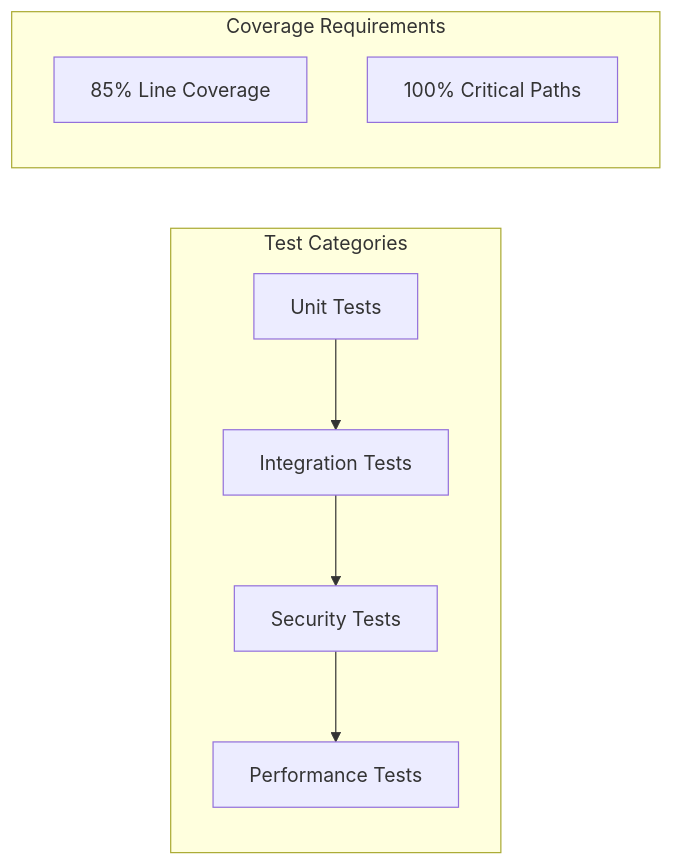
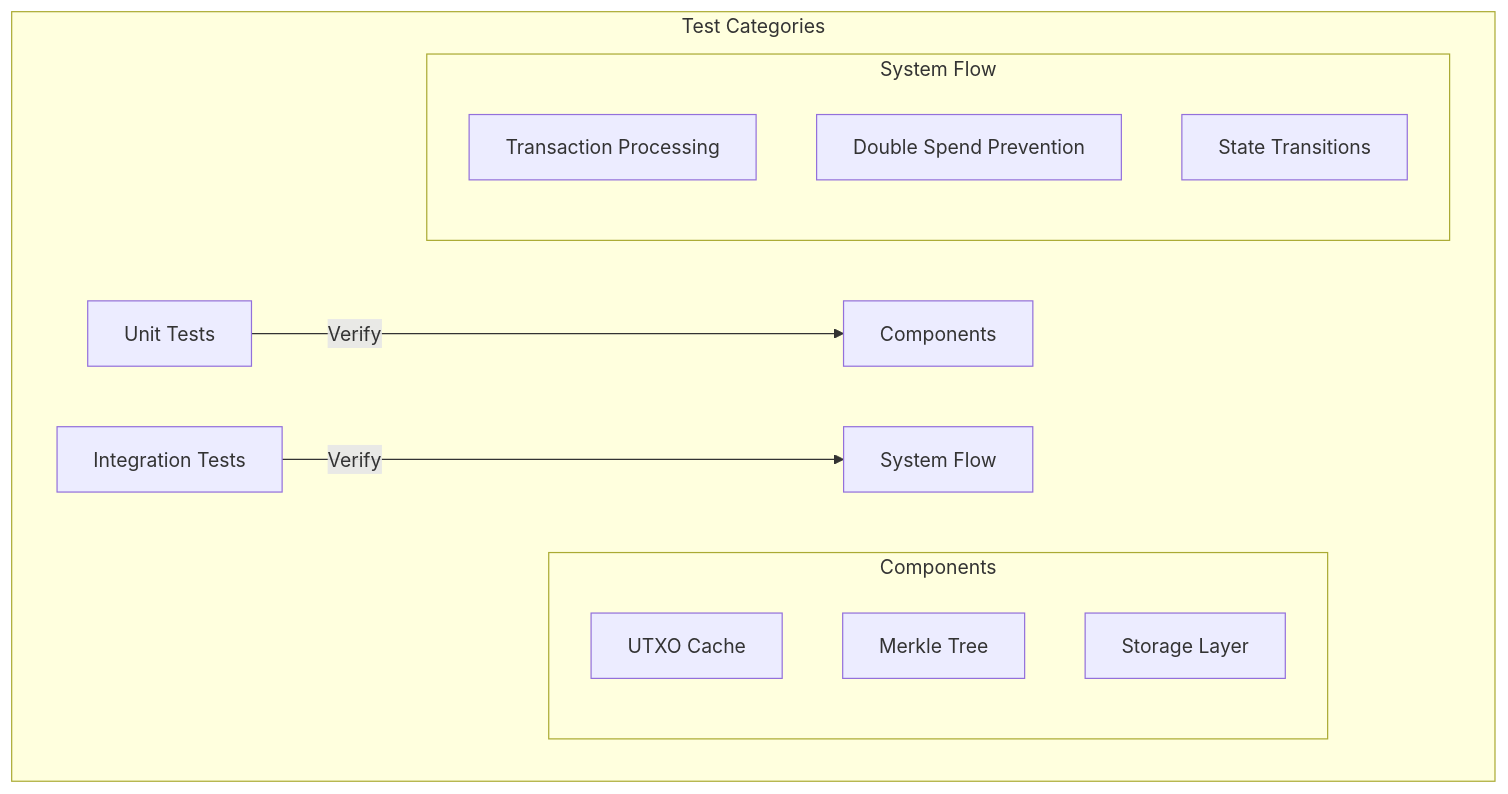
One commit to JtPerez-Acle/rust-protocol-btc changed the third of 3 diagrams in README.md. Above: the diagram before and after it, drawn with Mermaid. The commit also changed other lines of this file and 17 other files, not shown here.

Commit message:
[core] merkle tree implementaiton; integration test suite; revise CHANGELOG.md

````diff
--- a/README.md
+++ b/README.md
@@ -85,13 +83,19 @@
 ```mermaid
-graph LR
-    subgraph Test Categories
-        A[Unit Tests] --> B[Integration Tests]
-        B --> C[Security Tests]
-        C --> D[Performance Tests]
-    end
-    
-    subgraph Coverage Requirements
-        E[85% Line Coverage]
-        F[100% Critical Paths]
+graph TB
+    subgraph "Test Categories"
+        A[Unit Tests] --> |Verify| B[Components]
+        C[Integration Tests] --> |Verify| D[System Flow]
+        
+        subgraph "Components"
+            B1[UTXO Cache]
+            B2[Merkle Tree]
+            B3[Storage Layer]
+        end
+        
+        subgraph "System Flow"
+            D1[Transaction Processing]
+            D2[Double Spend Prevention]
+            D3[State Transitions]
+        end
     end
 ```
````
